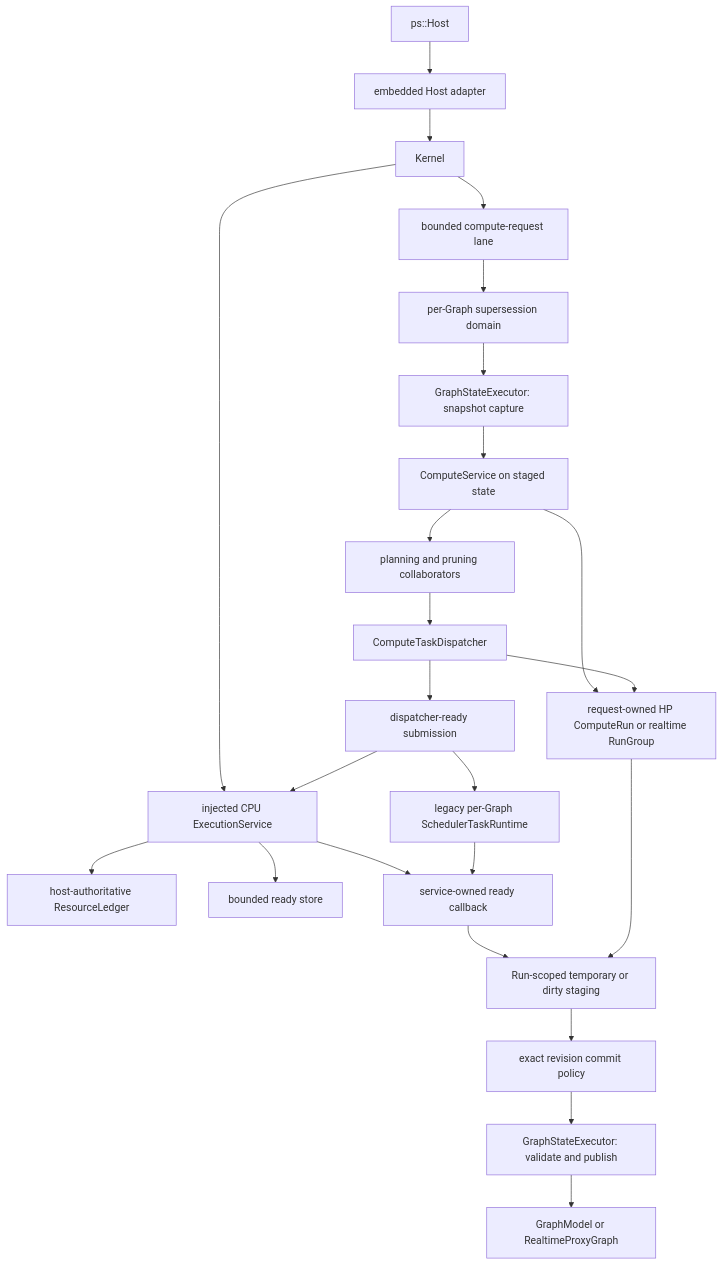
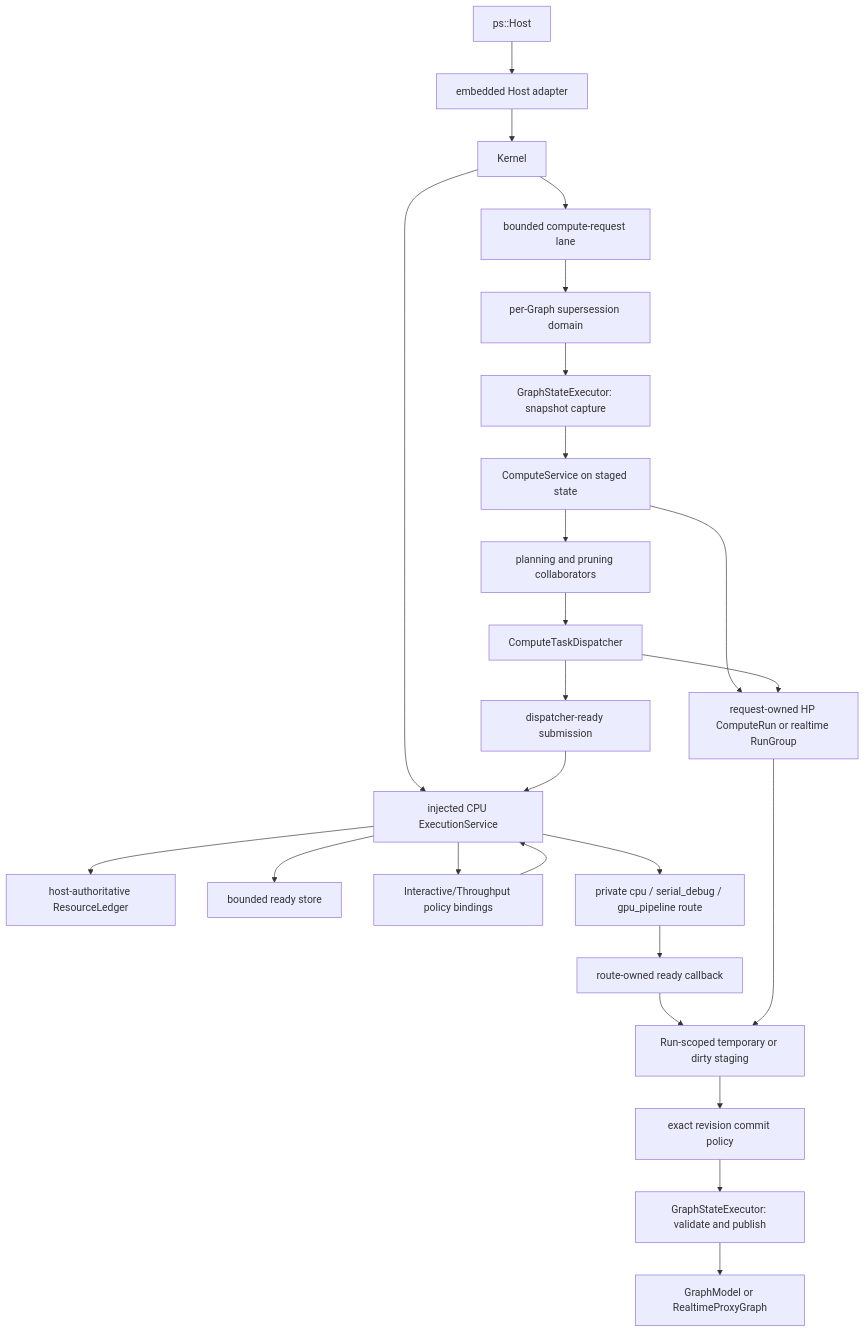
Before and after one commit to kevin-zf1123/photospider: the diagram in docs/kernel-architecture/Compute-Boundaries.md, drawn with Mermaid. The commit also changed other lines of this file and 33 other files, not shown here.

````diff
--- a/docs/kernel-architecture/Compute-Boundaries.md
+++ b/docs/kernel-architecture/Compute-Boundaries.md
@@ -24,26 +25,27 @@
 ```mermaid
 flowchart TD
   HOST["ps::Host"] --> ADAPTER["embedded Host adapter"]
   ADAPTER --> KERNEL["Kernel"]
   KERNEL --> EXEC["injected CPU ExecutionService"]
   EXEC --> LEDGER["host-authoritative ResourceLedger"]
   EXEC --> STORE["bounded ready store"]
+  EXEC --> POLICY["Interactive/Throughput policy bindings"]
   KERNEL --> REQUEST["bounded compute-request lane"]
   REQUEST --> DOMAIN["per-Graph supersession domain"]
   DOMAIN --> CAPTURE["GraphStateExecutor: snapshot capture"]
   CAPTURE --> SERVICE["ComputeService on staged state"]
   SERVICE --> RUN["request-owned HP ComputeRun or realtime RunGroup"]
   SERVICE --> PLAN["planning and pruning collaborators"]
   PLAN --> DISPATCH["ComputeTaskDispatcher"]
   DISPATCH --> RUN
   DISPATCH --> READY["dispatcher-ready submission"]
   READY --> EXEC
-  READY --> RUNTIME["legacy per-Graph SchedulerTaskRuntime"]
-  EXEC --> CALLBACK["service-owned ready callback"]
-  RUNTIME --> CALLBACK
+  POLICY --> EXEC
+  EXEC --> ROUTE["private cpu / serial_debug / gpu_pipeline route"]
+  ROUTE --> CALLBACK["route-owned ready callback"]
   CALLBACK --> TEMP["Run-scoped temporary or dirty staging"]
   RUN --> TEMP
   TEMP --> COMMIT["exact revision commit policy"]
   COMMIT --> PUBLISH["GraphStateExecutor: validate and publish"]
   PUBLISH --> GRAPH["GraphModel or RealtimeProxyGraph"]
 ```
````
